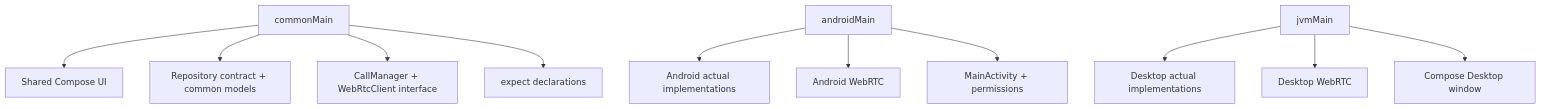
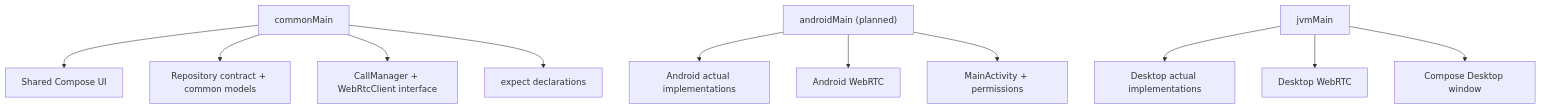
One commit to AhmadHasssan9181/orbit changed the fourth of 24 diagrams in README.md. Above: the diagram before and after it, drawn with Mermaid. The commit also changed other lines of this file and 56 other files, not shown here.

````diff
--- a/README.md
+++ b/README.md
@@ -224,19 +224,19 @@
 ```mermaid
 flowchart TD
     Common["commonMain"]
-    Android["androidMain"]
+    Android["androidMain (planned)"]
     Desktop["jvmMain"]
 
     Common --> SharedUI["Shared Compose UI"]
     Common --> SharedRepo["Repository contract + common models"]
     Common --> SharedCalls["CallManager + WebRtcClient interface"]
     Common --> ExpectUtils["expect declarations"]
 
     Android --> AndroidActuals["Android actual implementations"]
     Android --> AndroidRtc["Android WebRTC"]
     Android --> AndroidActivity["MainActivity + permissions"]
 
     Desktop --> DesktopActuals["Desktop actual implementations"]
     Desktop --> DesktopRtc["Desktop WebRTC"]
     Desktop --> DesktopWindow["Compose Desktop window"]
 ```
````
